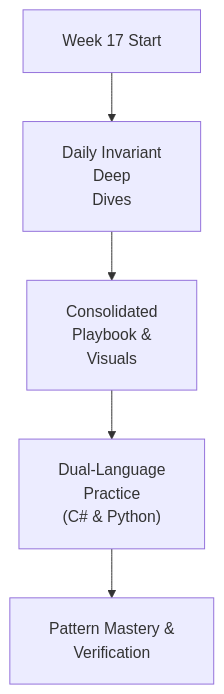
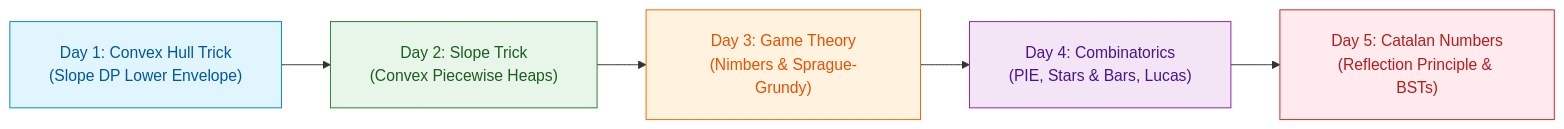
One commit to dip4k/DSA_102 changed the diagram in week_17_advanced_graphs_hld_fft/README.md. Above: the diagram before and after it, drawn with Mermaid. The commit also changed other lines of this file and 147 other files, not shown here.

First line of the commit message:
feat(curriculum): enrich Weeks 01-19 instructional modules & resolve repository-wide Mermaid cutoff

````diff
--- a/week_17_advanced_graphs_hld_fft/README.md
+++ b/week_17_advanced_graphs_hld_fft/README.md
@@ -16,8 +21,14 @@
 ```mermaid
 %%{init: {"flowchart": {"htmlLabels": true, "padding": 20}, "themeCSS": "foreignObject { overflow: visible !important; }"}}%%
-flowchart TD
-    Start["Week 17 Start"] --> Daily["Daily Invariant<br/>Deep<br/>Dives"]
-    Daily --> Playbook["Consolidated<br/>Playbook &<br/>Visuals"]
-    Playbook --> DualLang["Dual-Language<br/>Practice<br/>(C# & Python)"]
-    DualLang --> Mastery["Pattern Mastery &<br/>Verification"]
+flowchart LR
+    D1["Day 1: Convex Hull Trick<br/>(Slope DP Lower Envelope)"] --> D2["Day 2: Slope Trick<br/>(Convex Piecewise Heaps)"]
+    D2 --> D3["Day 3: Game Theory<br/>(Nimbers & Sprague-Grundy)"]
+    D3 --> D4["Day 4: Combinatorics<br/>(PIE, Stars & Bars, Lucas)"]
+    D4 --> D5["Day 5: Catalan Numbers<br/>(Reflection Principle & BSTs)"]
+
+    style D1 fill:#e1f5fe,stroke:#0288d1,color:#01579b
+    style D2 fill:#e8f5e9,stroke:#2e7d32,color:#1b5e20
+    style D3 fill:#fff3e0,stroke:#ef6c00,color:#e65100
+    style D4 fill:#f3e5f5,stroke:#8e24aa,color:#4a148c
+    style D5 fill:#ffebee,stroke:#c62828,color:#b71c1c
 ```
````
